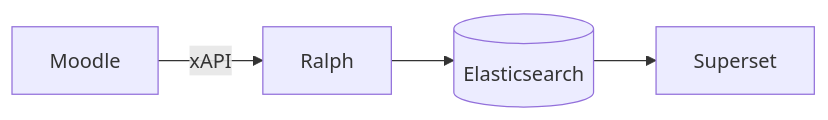
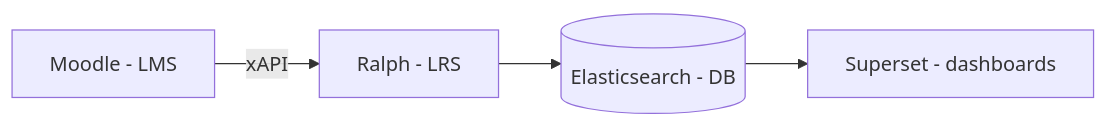
Before and after one commit to openfun/k8s-la-stack-tutorial: the diagram in README.md, drawn with Mermaid. The commit also changed other lines of this file, not shown here.

````diff
--- a/README.md
+++ b/README.md
@@ -116,4 +127,4 @@
 ```mermaid
 flowchart LR
-    lms[Moodle] -- xAPI --> lrs[Ralph] --> data[(Elasticsearch)] --> dashboard[Superset]
+    lms[Moodle - LMS] -- xAPI --> lrs[Ralph - LRS] --> data[(Elasticsearch - DB)] --> dashboard[Superset - dashboards]
 ```
````
